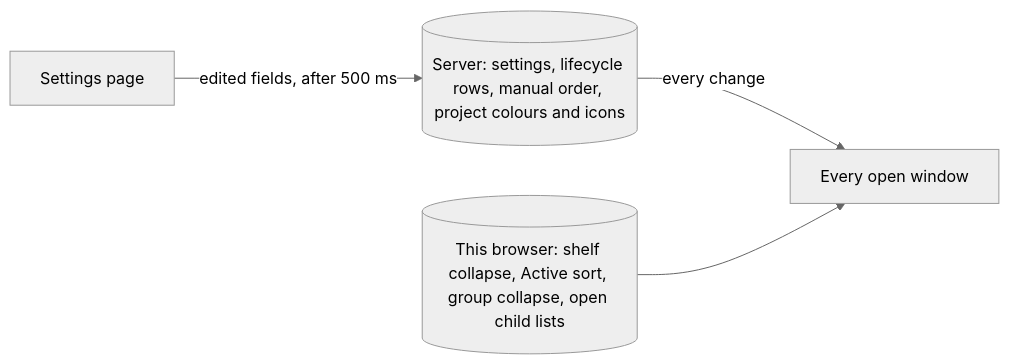
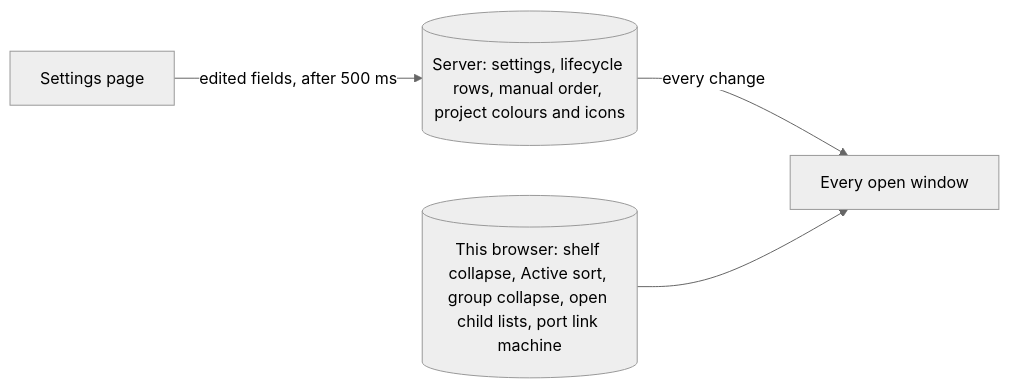
The diagram in docs/reference/thread-glance-settings.md (gperezmz/bb-plugins), drawn with Mermaid (neutral theme) before and after one commit. The commit also changed other lines of this file and 5 other files, not shown here.

````diff
--- a/docs/reference/thread-glance-settings.md
+++ b/docs/reference/thread-glance-settings.md
@@ -3,6 +3,6 @@
 ```mermaid
 flowchart LR
   page["Settings page"] -->|"edited fields, after 500 ms"| server[("Server: settings, lifecycle rows, manual order, project colours and icons")]
   server -->|"every change"| windows["Every open window"]
-  device[("This browser: shelf collapse, Active sort, group collapse, open child lists")] --> windows
+  device[("This browser: shelf collapse, Active sort, group collapse, open child lists, port link machine")] --> windows
 ```
````
